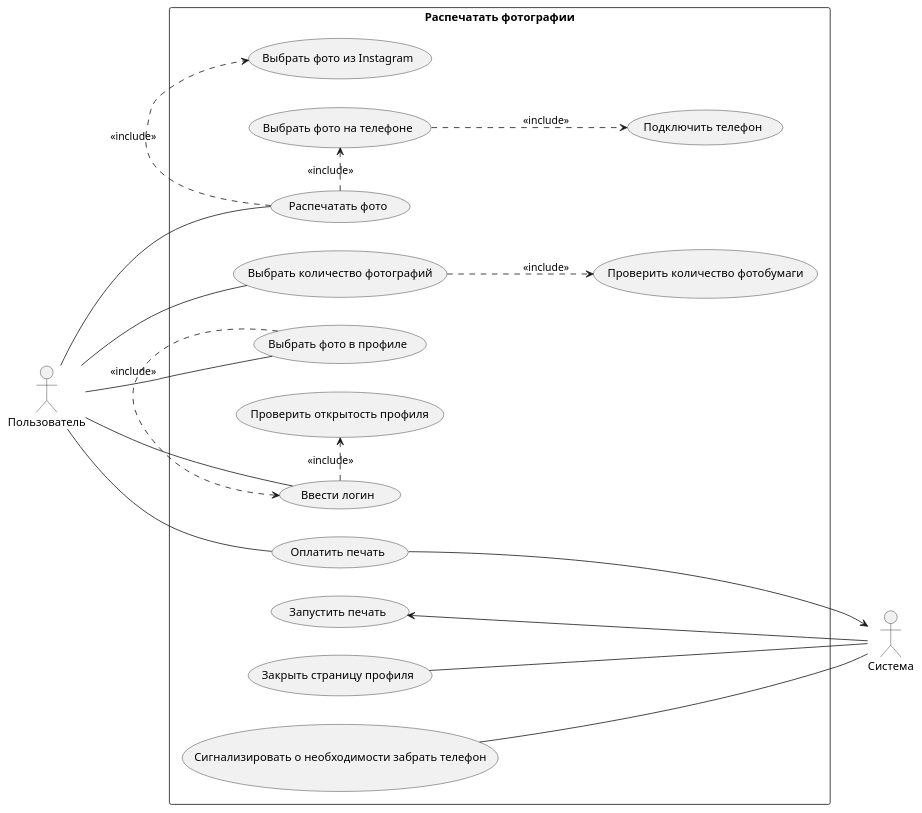
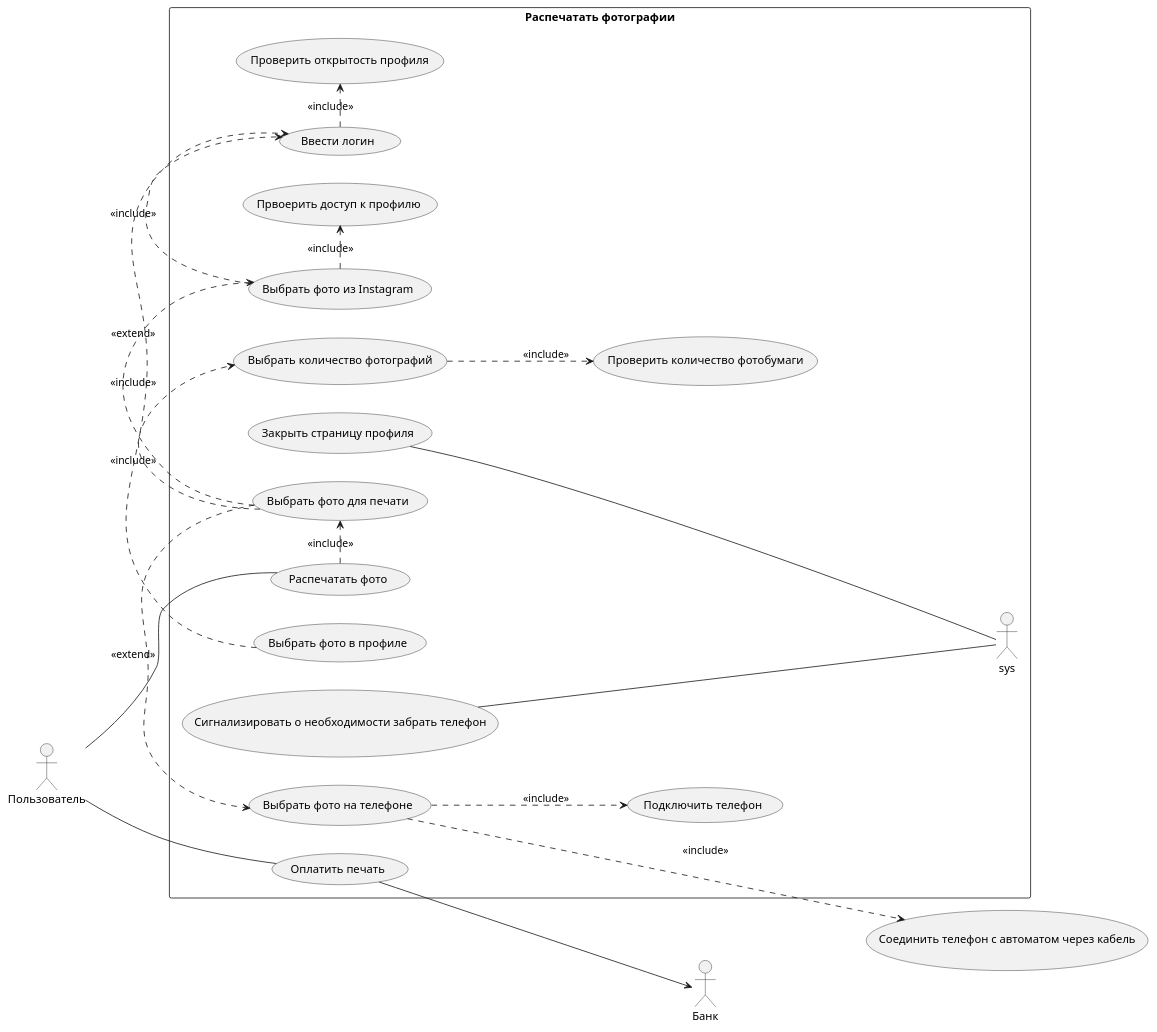
The diagram in Notes/Системная аналитика/Курсы от нетологии/Раздел 3. Анализ требований/Итоговая работа по модулю.md (PopkovAYu/Notes), drawn with PlantUML before and after one commit. The commit also changed 1 other file, not shown here.

Commit message:
vault backup: 2024-04-30 15:44:32
Affected files:
.obsidian/appearance.json
Notes/Системная аналитика/Курсы от нетологии/Раздел 3. Анализ требований/Итоговая работа по модулю.md

````diff
--- a/Notes/Системная аналитика/Курсы от нетологии/Раздел 3. Анализ требований/Итоговая работа по модулю.md
+++ b/Notes/Системная аналитика/Курсы от нетологии/Раздел 3. Анализ требований/Итоговая работа по модулю.md
@@ -78,27 +78,27 @@
 ```plantuml
 @startuml
 actor Пользователь as user
-actor Система as sys
+actor Банк as bank
 
 rectangle "Распечатать фотографии" {
 	left to right direction
 	user -- (Распечатать фото)
-	(Распечатать фото) .> (Выбрать фото из Instagram) : <<include>>
-	(Распечатать фото) .> (Выбрать фото на телефоне) : <<include>>
+	(Распечатать фото) .> (Выбрать фото для печати) : <<include>>
+	(Выбрать фото для печати) .> (Выбрать фото из Instagram) : <<extend>>
+	(Выбрать фото из Instagram) .> (Ввести логин) : <<include>>
+	(Выбрать фото из Instagram) .> (Првоерить доступ к профилю) : <<include>>
+	(Выбрать фото для печати) .> (Выбрать фото на телефоне) : <<extend>>
 	(Выбрать фото на телефоне) ..> (Подключить телефон) : <<include>>
-	user - (Выбрать количество фотографий)
+	(Выбрать фото для печати) .> (Выбрать количество фотографий) : <<include>>
 	(Выбрать количество фотографий) ..> (Проверить количество фотобумаги) : <<include>>
-	user - (Выбрать фото в профиле)
-	user - (Ввести логин)
 	(Выбрать фото в профиле) .> (Ввести логин) : <<include>>
 	(Ввести логин) .> (Проверить открытость профиля) : <<include>>
 	user - (Оплатить печать)
-	(Оплатить печать) --> sys
-	(Запустить печать) <-- sys 
+	(Оплатить печать) --> bank
 	(Закрыть страницу профиля) --- sys 
 	(Сигнализировать о необходимости забрать телефон) --- sys
-	 
-	
 }
+
+(Выбрать фото на телефоне) ...> (Соединить телефон с автоматом через кабель) : <<include>>
 @enduml
 ```
````
